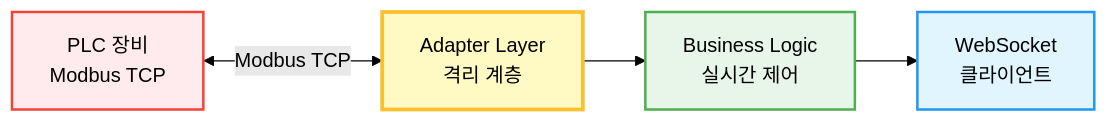
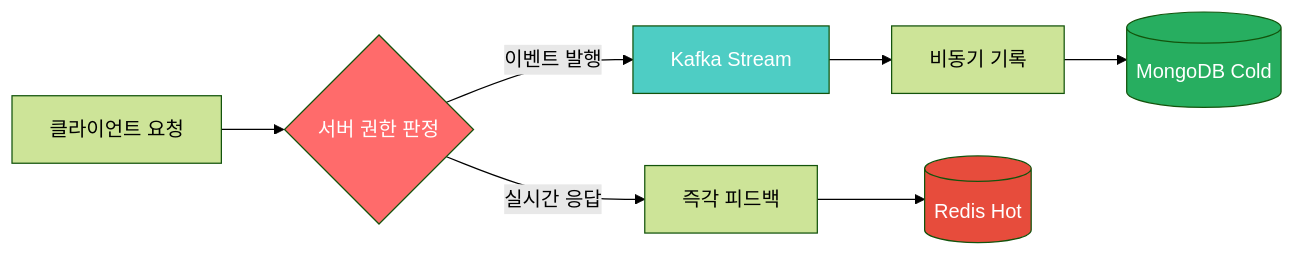
The third of 5 diagrams in README.md (1985jwlee/overview), drawn with Mermaid (forest theme) before and after one commit. The commit also changed other lines of this file, not shown here.

````diff
--- a/README.md
+++ b/README.md
@@ -248,16 +85,14 @@
 ```mermaid
-graph LR
-    PLC[PLC 장비<br/>Modbus TCP]
-    ADP[Adapter Layer<br/>격리 계층]
-    BL[Business Logic<br/>실시간 제어]
-    WS[WebSocket<br/>클라이언트]
-    
-    PLC <-->|Modbus TCP| ADP
-    ADP --> BL
-    BL --> WS
-    
-    style PLC fill:#ffebee,stroke:#f44336,stroke-width:2px
-    style ADP fill:#fff9c4,stroke:#fbc02d,stroke-width:3px
-    style BL fill:#e8f5e9,stroke:#4caf50,stroke-width:2px
-    style WS fill:#e1f5ff,stroke:#2196f3,stroke-width:2px
+flowchart LR
+    A[클라이언트 요청] --> B{서버 권한 판정}
+    B -->|실시간 응답| C[즉각 피드백]
+    B -->|이벤트 발행| D[Kafka Stream]
+    D --> E[비동기 기록]
+    E --> F[(MongoDB Cold)]
+    C --> G[(Redis Hot)]
+
+    style B fill:#ff6b6b,color:#fff
+    style D fill:#4ecdc4,color:#fff
+    style G fill:#e74c3c,color:#fff
+    style F fill:#27ae60,color:#fff
 ```
````
